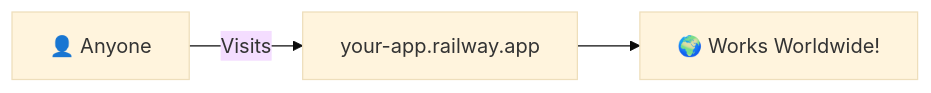
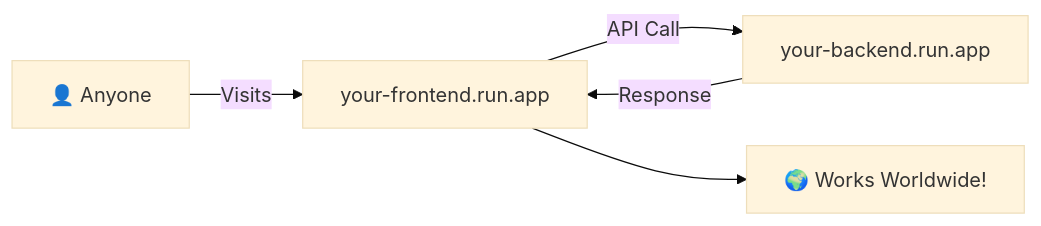
Before and after one commit to theaiguy1987/aqi_app: the second of 2 diagrams in DEPLOYMENT.md, drawn with Mermaid (base theme). The commit also changed other lines of this file and 13 other files, not shown here.

````diff
--- a/DEPLOYMENT.md
+++ b/DEPLOYMENT.md
@@ -356,5 +403,7 @@
 ```mermaid
 flowchart LR
-    A[👤 Anyone] -->|Visits| B[your-app.railway.app]
-    B --> C[🌍 Works Worldwide!]
+    A[👤 Anyone] -->|Visits| B[your-frontend.run.app]
+    B -->|API Call| C[your-backend.run.app]
+    C -->|Response| B
+    B --> D[🌍 Works Worldwide!]
 ```
````
